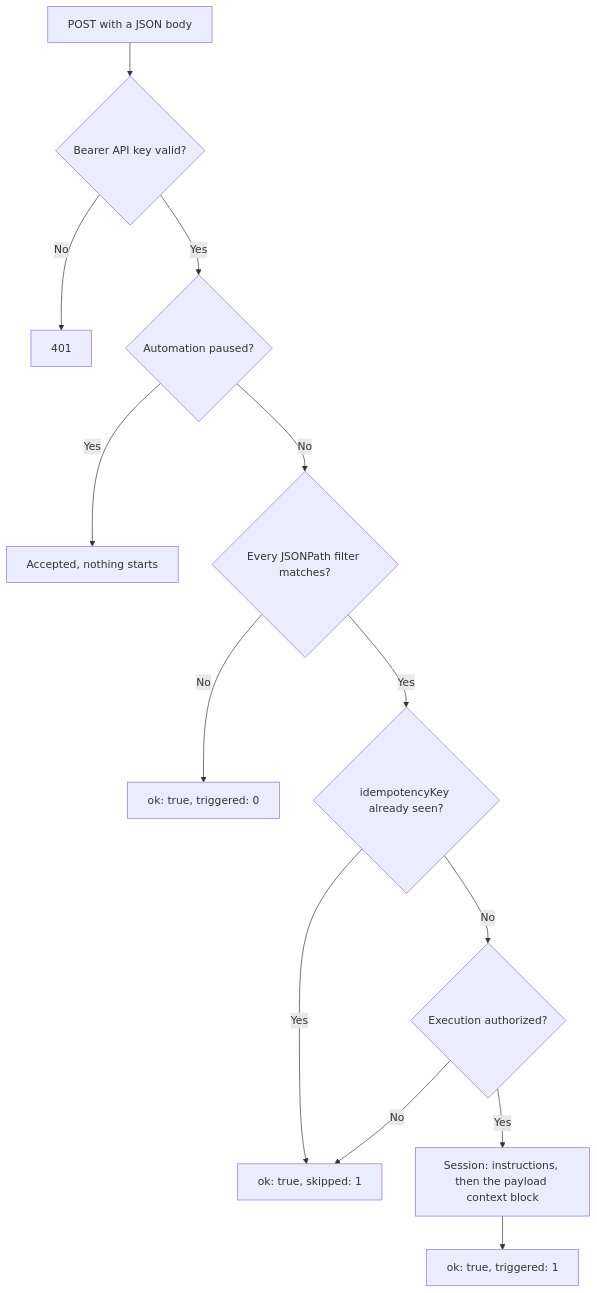
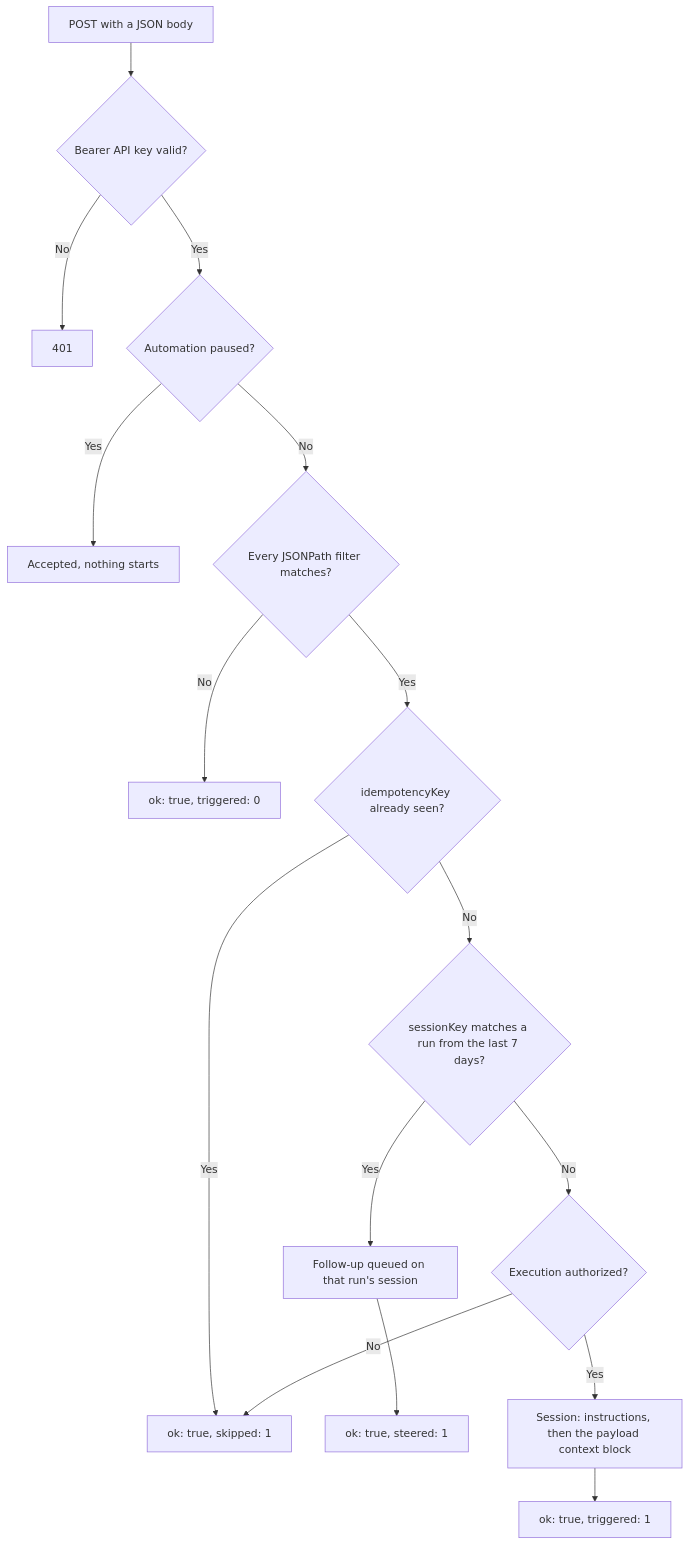
One commit to ColeMurray/background-agents changed the diagram in packages/docs/content/docs/automations/inbound-webhooks.mdx. Above: the diagram before and after it, drawn with Mermaid. The commit also changed other lines of this file and 12 other files, not shown here.

Commit message:
feat(control-plane): continue a session from webhooks with sessionKey

````diff
--- a/packages/docs/content/docs/automations/inbound-webhooks.mdx
+++ b/packages/docs/content/docs/automations/inbound-webhooks.mdx
@@ -30,16 +30,19 @@
 ```mermaid
 flowchart TB
     accTitle: How an inbound webhook request is authenticated, filtered, and turned into a run
     post["POST with a JSON body"] --> auth{"Bearer API key valid?"}
     auth -->|No| unauthorized["401"]
     auth -->|Yes| paused{"Automation paused?"}
     paused -->|Yes| nothing["Accepted, nothing starts"]
     paused -->|No| filters{"Every JSONPath filter matches?"}
     filters -->|No| none["ok: true, triggered: 0"]
     filters -->|Yes| dedupe{"idempotencyKey already seen?"}
     dedupe -->|Yes| skipped["ok: true, skipped: 1"]
-    dedupe -->|No| execution{"Execution authorized?"}
+    dedupe -->|No| continues{"sessionKey matches a run from the last 7 days?"}
+    continues -->|Yes| followup["Follow-up queued on that run's session"]
+    followup --> steered["ok: true, steered: 1"]
+    continues -->|No| execution{"Execution authorized?"}
     execution -->|No| skipped
     execution -->|Yes| session["Session: instructions, then the payload context block"]
     session --> triggered["ok: true, triggered: 1"]
 ```
````
